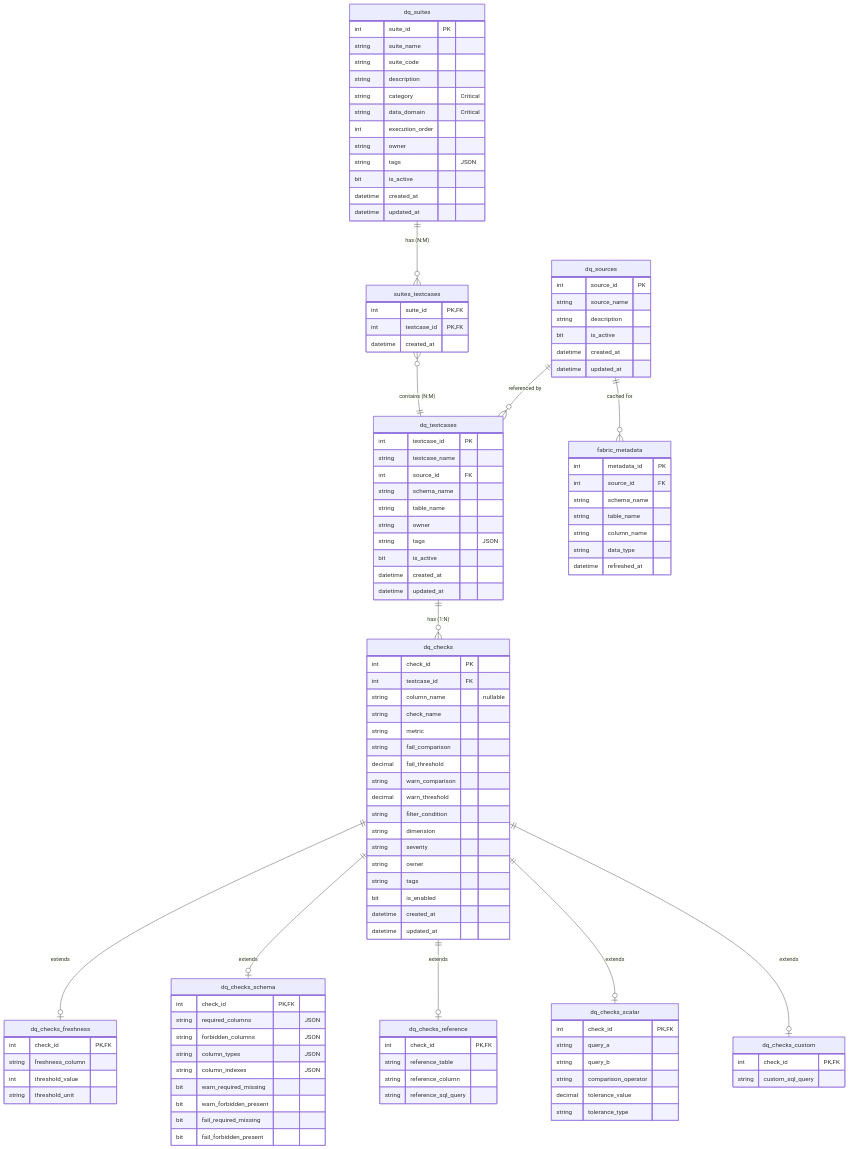
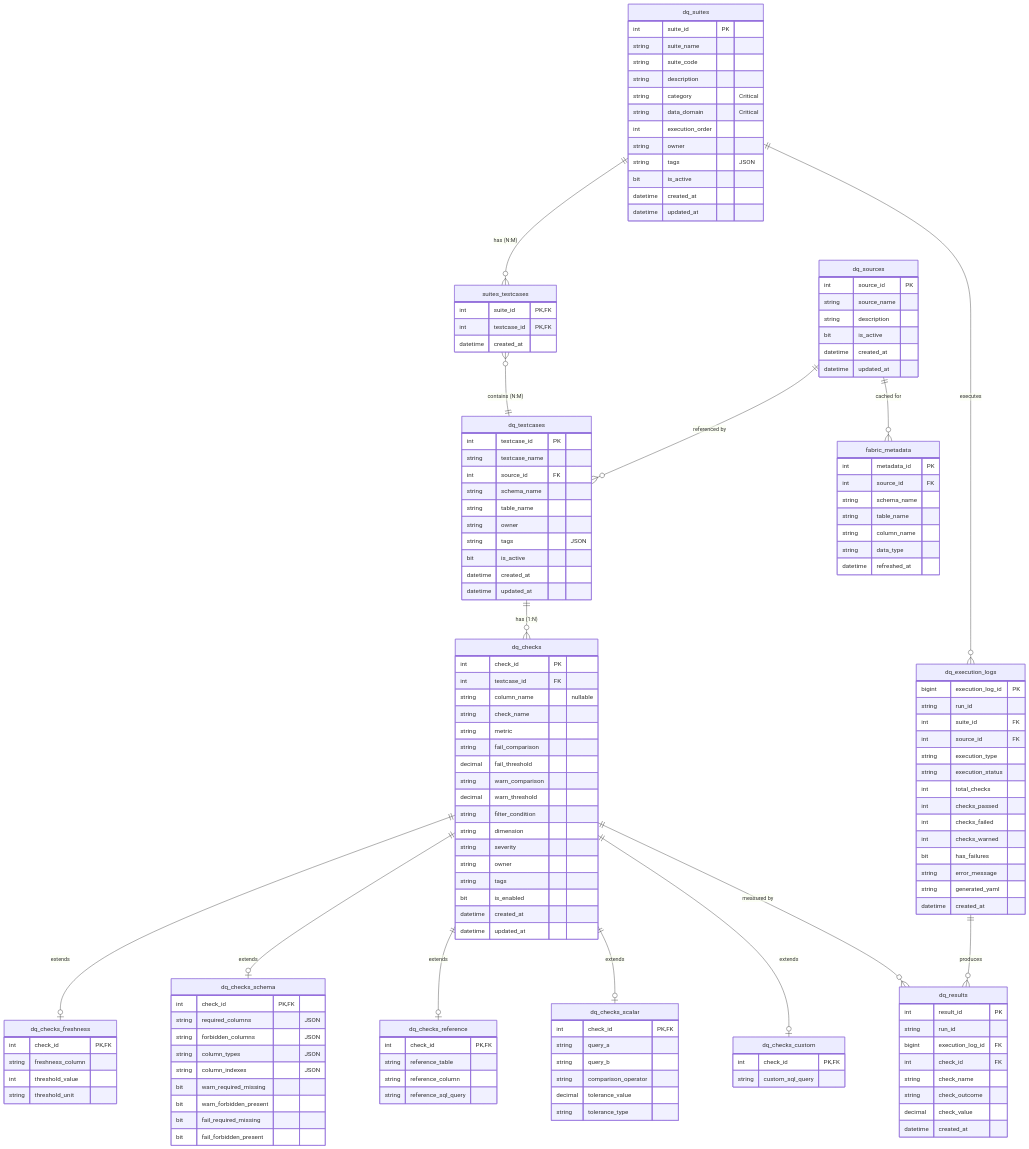
The diagram in docs/specs/data-model/er-model-simplified.md (chwagneraltyca/fabricsoda), drawn with Mermaid before and after one commit. The commit also changed 52 other files, not shown here.

````diff
--- a/docs/specs/data-model/er-model-simplified.md
+++ b/docs/specs/data-model/er-model-simplified.md
@@ -127,4 +127,36 @@
         string data_type
         datetime refreshed_at
     }
+
+    dq_execution_logs {
+        bigint execution_log_id PK
+        string run_id
+        int suite_id FK
+        int source_id FK
+        string execution_type
+        string execution_status
+        int total_checks
+        int checks_passed
+        int checks_failed
+        int checks_warned
+        bit has_failures
+        string error_message
+        string generated_yaml
+        datetime created_at
+    }
+
+    dq_results {
+        int result_id PK
+        string run_id
+        bigint execution_log_id FK
+        int check_id FK
+        string check_name
+        string check_outcome
+        decimal check_value
+        datetime created_at
+    }
+
+    dq_suites ||--o{ dq_execution_logs : "executes"
+    dq_execution_logs ||--o{ dq_results : "produces"
+    dq_checks ||--o{ dq_results : "measured by"
 ```
````
